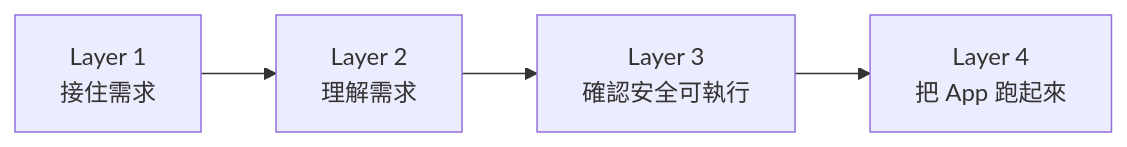
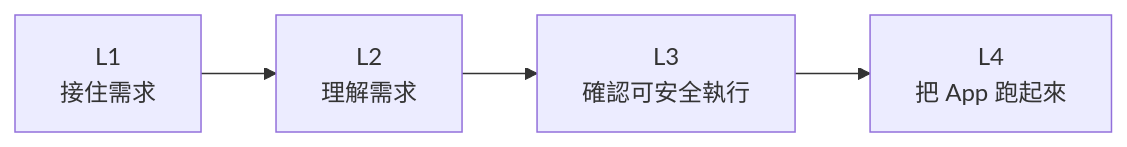
One commit to NFF98/NodeFF changed the second of 6 diagrams in working/APP-ARCHITECTURE.md. Above: the diagram before and after it, drawn with Mermaid. The commit also changed other lines of this file, not shown here.

Commit message:
docs: align app architecture to 1m 3m 6m evolution model

```diff
--- a/working/APP-ARCHITECTURE.md
+++ b/working/APP-ARCHITECTURE.md
@@ -112,7 +138,4 @@
 ~~~mermaid
 flowchart LR
-    A["Layer 1<br/>接住需求"] -->
-    B["Layer 2<br/>理解需求"] -->
-    C["Layer 3<br/>確認安全可執行"] -->
-    D["Layer 4<br/>把 App 跑起來"]
+    A["L1<br/>接住需求"] --> B["L2<br/>理解需求"] --> C["L3<br/>確認可安全執行"] --> D["L4<br/>把 App 跑起來"]
 ~~~
```
